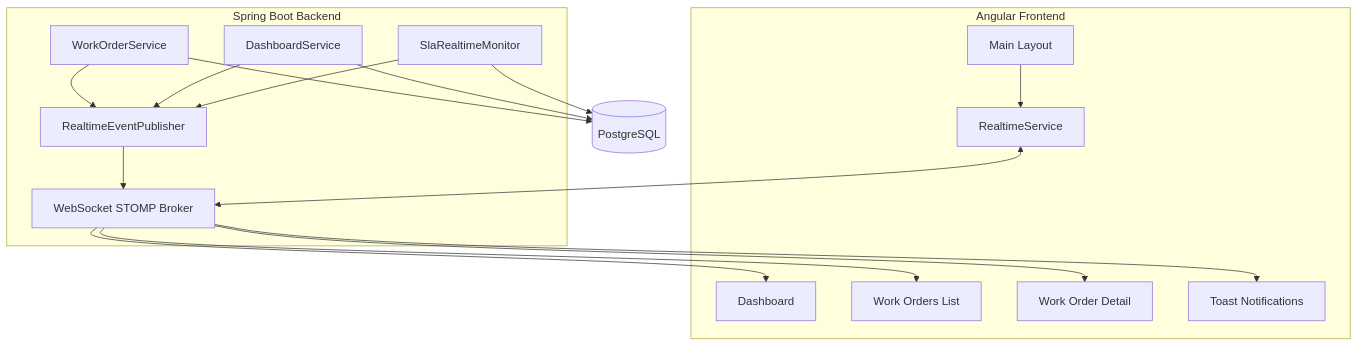
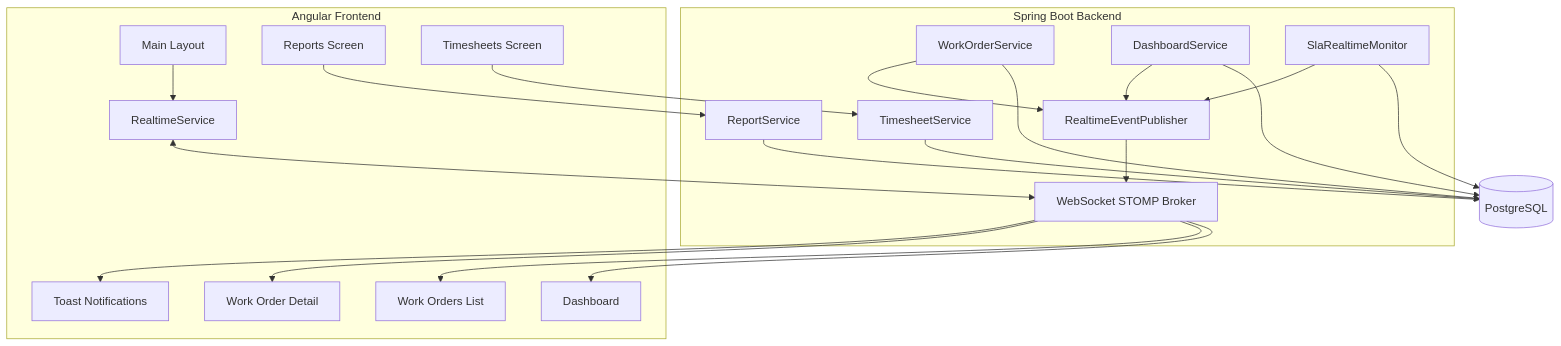
One commit to skawuma/A3-FSM-Deployment changed the third of 13 diagrams in README.MD. Above: the diagram before and after it, drawn with Mermaid. The commit also changed other lines of this file and 1 other file, not shown here.

Commit message:
Document Sprint 13 roadmap and timesheet workflows

````diff
--- a/README.MD
+++ b/README.MD
@@ -152,36 +230,44 @@
 ```mermaid
 flowchart TB
     subgraph Angular Frontend
         ML[Main Layout]
         RT[RealtimeService]
         DASH[Dashboard]
         LIST[Work Orders List]
         DETAIL[Work Order Detail]
+        REPORTS[Reports Screen]
+        TIMESHEETS[Timesheets Screen]
         TOAST[Toast Notifications]
     end
 
     subgraph Spring Boot Backend
         WO[WorkOrderService]
+        RS[ReportService]
+        TS[TimesheetService]
         DS[DashboardService]
         SLA[SlaRealtimeMonitor]
         PUB[RealtimeEventPublisher]
         WS[WebSocket STOMP Broker]
     end
 
     DB[(PostgreSQL)]
 
     ML --> RT
     RT <--> WS
     WO --> DB
+    RS --> DB
+    TS --> DB
+    DS --> DB
+    SLA --> DB
     WO --> PUB
-    DS --> DB
     DS --> PUB
-    SLA --> DB
     SLA --> PUB
     PUB --> WS
 
     WS --> DASH
     WS --> LIST
     WS --> DETAIL
     WS --> TOAST
+    REPORTS --> RS
+    TIMESHEETS --> TS
 ```
````
